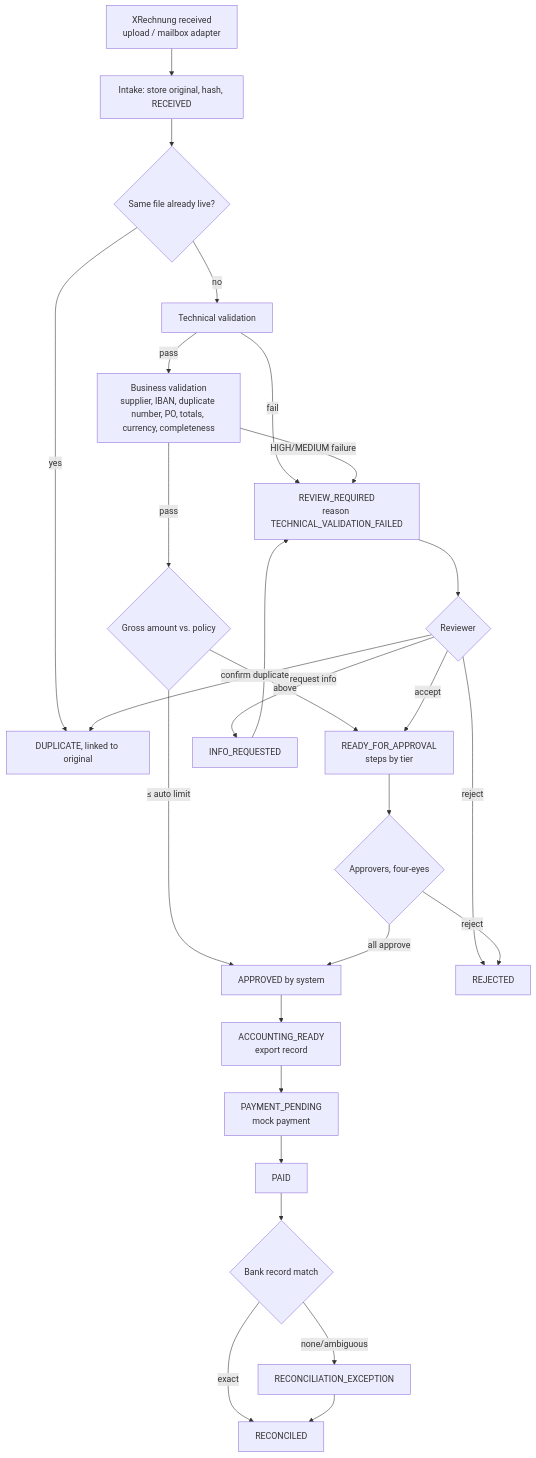
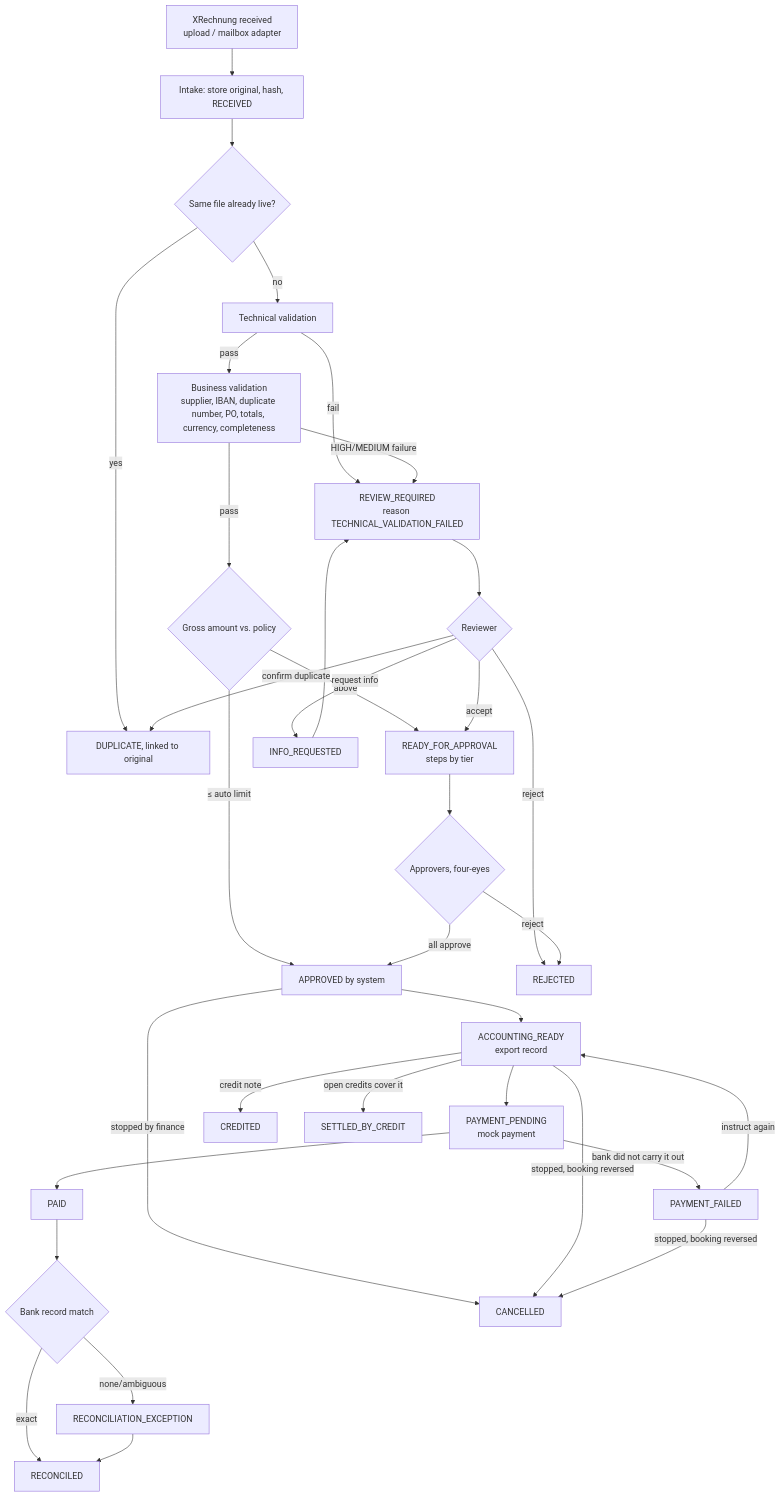
Before and after one commit to shotatsertsvadze/finance-ops-automation-de: the diagram in docs/SOLL_PROCESS.md, drawn with Mermaid. The commit also changed other lines of this file and 4 other files, not shown here.

````diff
--- a/docs/SOLL_PROCESS.md
+++ b/docs/SOLL_PROCESS.md
@@ -6,27 +6,34 @@
 ```mermaid
 flowchart TD
     A[XRechnung received\nupload / mailbox adapter] --> B[Intake: store original, hash, RECEIVED]
     B --> C{Same file already live?}
     C -- yes --> D[DUPLICATE, linked to original]
     C -- no --> E[Technical validation]
     E -- fail --> R[REVIEW_REQUIRED\nreason TECHNICAL_VALIDATION_FAILED]
     E -- pass --> F[Business validation\nsupplier, IBAN, duplicate number, PO, totals, currency, completeness]
     F -- HIGH/MEDIUM failure --> R
     F -- pass --> G{Gross amount vs. policy}
     G -- ≤ auto limit --> H[APPROVED by system]
     G -- above --> I[READY_FOR_APPROVAL\nsteps by tier]
     R --> J{Reviewer}
     J -- accept --> I
     J -- request info --> K[INFO_REQUESTED] --> R
     J -- reject --> X[REJECTED]
     J -- confirm duplicate --> D
     I --> L{Approvers, four-eyes}
     L -- all approve --> H
     L -- reject --> X
     H --> M[ACCOUNTING_READY\nexport record]
     M --> N[PAYMENT_PENDING\nmock payment]
     N --> O[PAID]
     O --> P{Bank record match}
     P -- exact --> Q[RECONCILED]
     P -- none/ambiguous --> S[RECONCILIATION_EXCEPTION] --> Q
+    M -- credit note --> CR[CREDITED]
+    M -- open credits cover it --> SC[SETTLED_BY_CREDIT]
+    N -- bank did not carry it out --> PF[PAYMENT_FAILED]
+    PF -- instruct again --> M
+    H -- stopped by finance --> CX[CANCELLED]
+    M -- stopped, booking reversed --> CX
+    PF -- stopped, booking reversed --> CX
 ```
````
